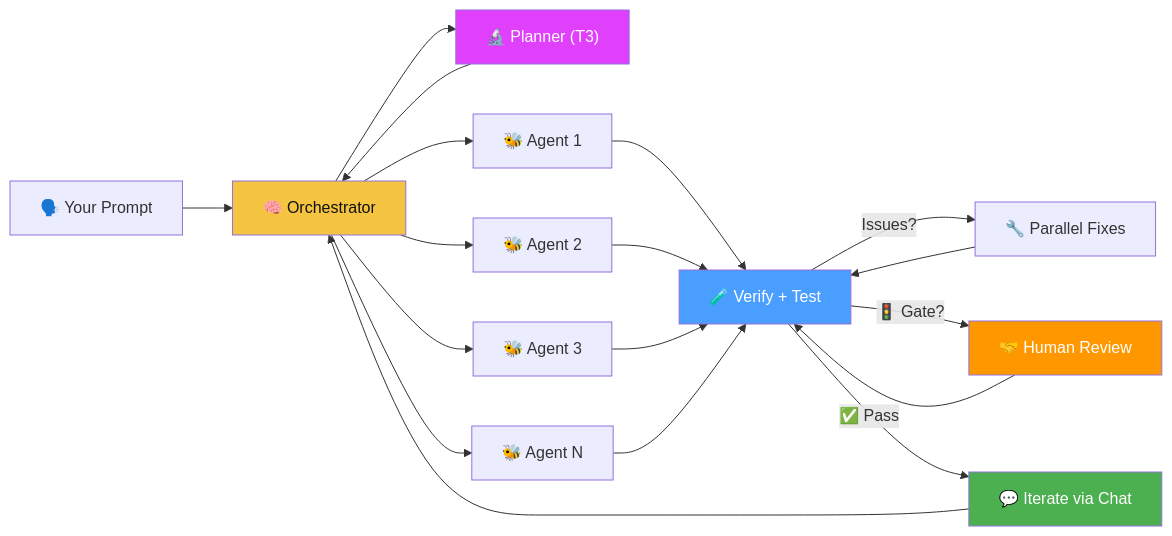
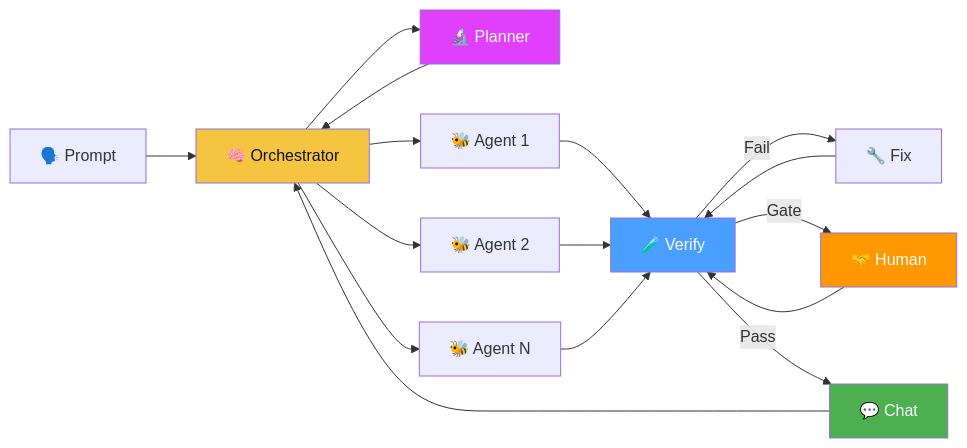
The first of 3 diagrams in README.md (MrUnreal/hAIvemind), drawn with Mermaid before and after one commit. The commit also changed other lines of this file, not shown here.

````diff
--- a/README.md
+++ b/README.md
@@ -26,26 +27,22 @@
 ```mermaid
 graph LR
-  A["🗣️ Your Prompt"] --> B["🧠 Orchestrator"]
-  B --> P["🔬 Planner (T3)"]
+  A["🗣️ Prompt"] --> B["🧠 Orchestrator"]
+  B --> P["🔬 Planner"]
   P --> B
   B --> C["🐝 Agent 1"]
   B --> D["🐝 Agent 2"]
-  B --> E["🐝 Agent 3"]
-  B --> F["🐝 Agent N"]
-  C --> G["🧪 Verify + Test"]
-  D --> G
-  E --> G
-  F --> G
-  G -->|"Issues?"| H["🔧 Parallel Fixes"]
+  B --> E["🐝 Agent N"]
+  C & D & E --> G["🧪 Verify"]
+  G -->|"Fail"| H["🔧 Fix"]
   H --> G
-  G -->|"🚦 Gate?"| K["🤝 Human Review"]
+  G -->|"Gate"| K["🤝 Human"]
   K --> G
-  G -->|"✅ Pass"| I["💬 Iterate via Chat"]
+  G -->|"Pass"| I["💬 Chat"]
   I --> B
 
   style B fill:#f5c542,color:#111
   style P fill:#e040fb,color:#fff
   style G fill:#4a9eff,color:#fff
   style K fill:#ff9800,color:#fff
   style I fill:#4caf50,color:#fff
 ```
````
